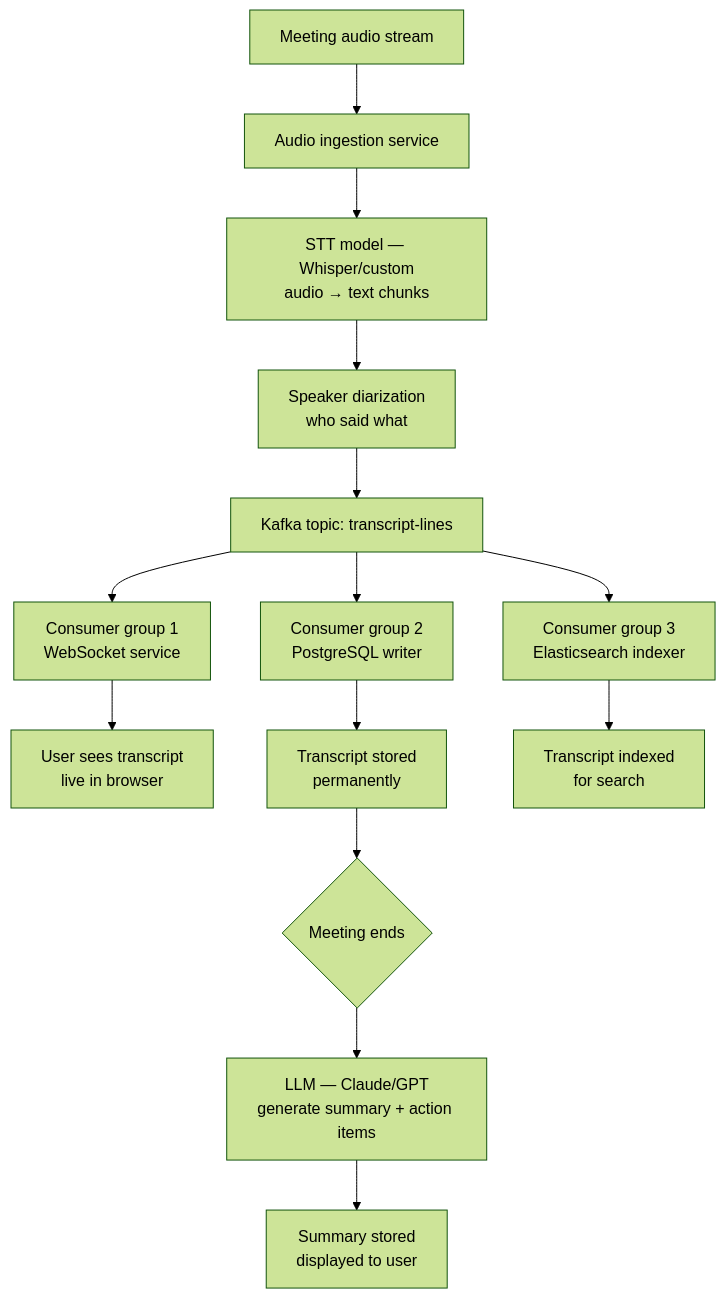
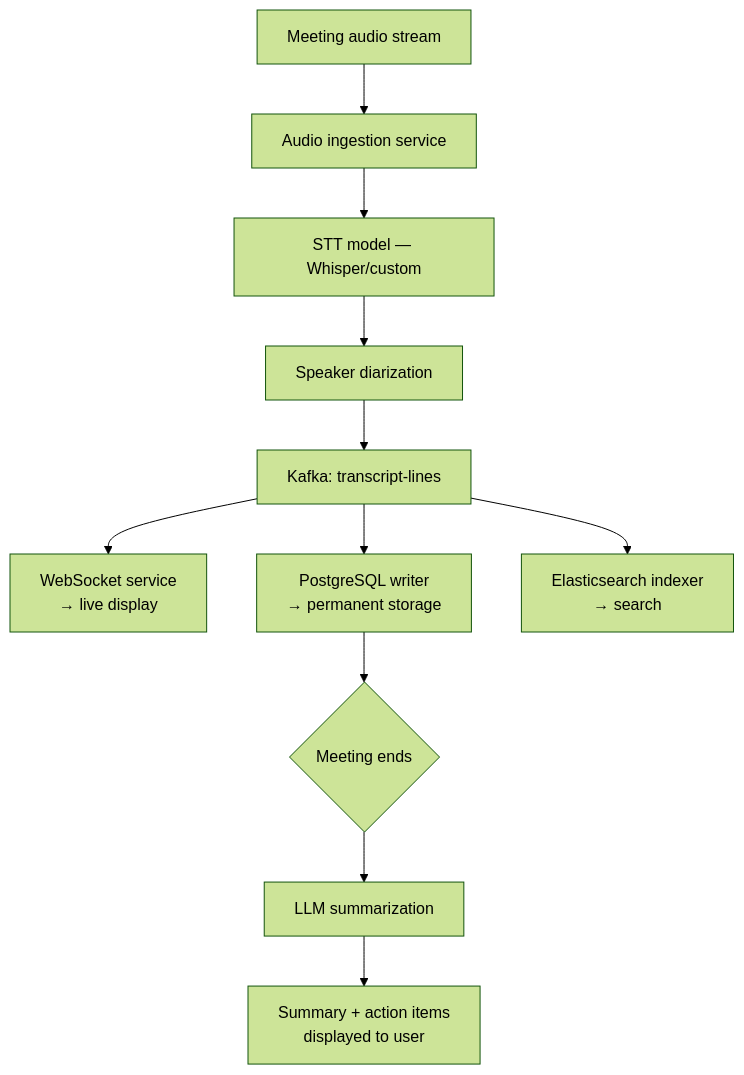
The first of 3 diagrams in docs/case-studies/otter-ai-design.md (Nityaa2396/system-design-bootcamp), drawn with Mermaid (forest theme) before and after one commit. The commit also changed other lines of this file, not shown here.

````diff
--- a/docs/case-studies/otter-ai-design.md
+++ b/docs/case-studies/otter-ai-design.md
@@ -251,19 +48,15 @@
 ```mermaid
 flowchart TD
     A[Meeting audio stream] --> B[Audio ingestion service]
-    B --> C[STT model — Whisper/custom\naudio → text chunks]
-    C --> D[Speaker diarization\nwho said what]
-    D --> E[Kafka topic: transcript-lines]
+    B --> C[STT model — Whisper/custom]
+    C --> D[Speaker diarization]
+    D --> E[Kafka: transcript-lines]
 
-    E --> F[Consumer group 1\nWebSocket service]
-    E --> G[Consumer group 2\nPostgreSQL writer]
-    E --> H[Consumer group 3\nElasticsearch indexer]
+    E --> F[WebSocket service\n→ live display]
+    E --> G[PostgreSQL writer\n→ permanent storage]
+    E --> H[Elasticsearch indexer\n→ search]
 
-    F --> I[User sees transcript\nlive in browser]
-    G --> J[Transcript stored\npermanently]
-    H --> K[Transcript indexed\nfor search]
-
-    J --> L{Meeting ends}
-    L --> M[LLM — Claude/GPT\ngenerate summary + action items]
-    M --> N[Summary stored\ndisplayed to user]
+    G --> I{Meeting ends}
+    I --> J[LLM summarization]
+    J --> K[Summary + action items\ndisplayed to user]
 ```
````
